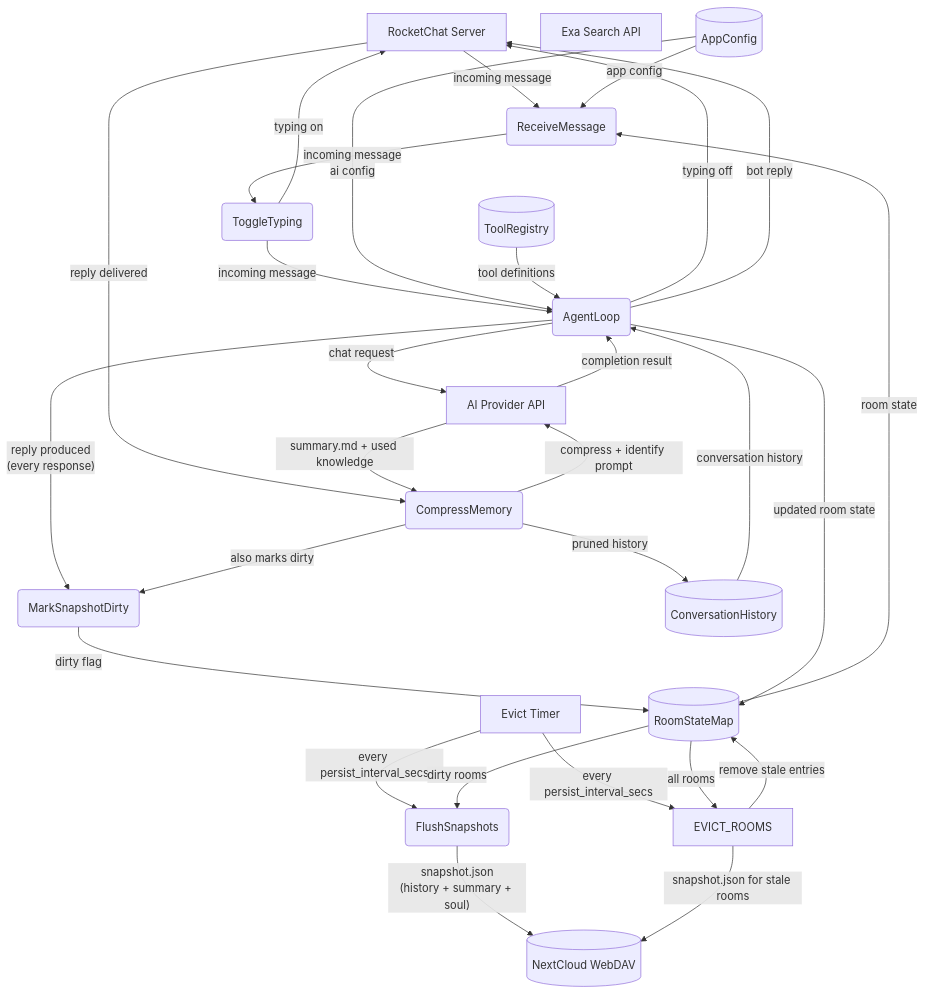
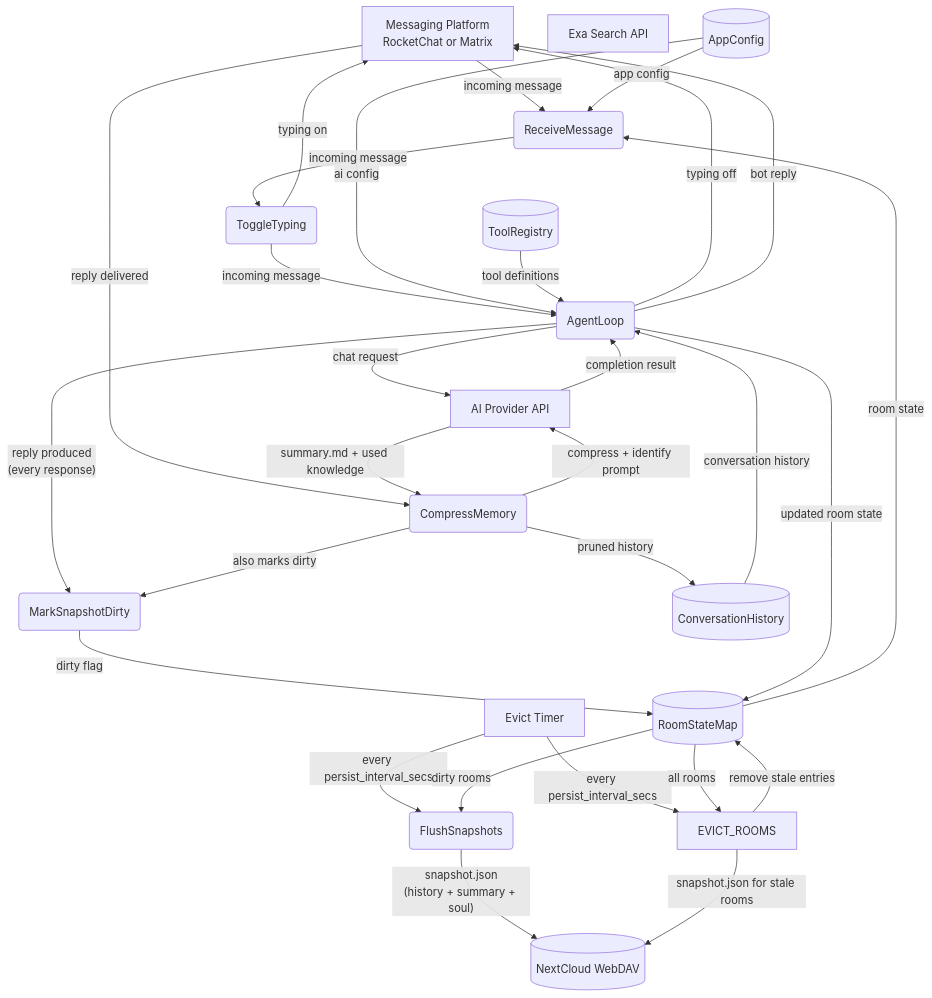
The first of 4 diagrams in _dfd/agent/agent-loop.md (cosmoswafer/rockbot), drawn with Mermaid before and after one commit. The commit also changed other lines of this file and 6 other files, not shown here.

First line of the commit message:
dfd: add llama.cpp chat provider and Matrix client support

````diff
--- a/_dfd/agent/agent-loop.md
+++ b/_dfd/agent/agent-loop.md
@@ -28,48 +35,48 @@
 ```mermaid
 flowchart TD
-    RC[RocketChat Server]
+    PLATFORM[Messaging Platform<br/>RocketChat or Matrix]
     AI[AI Provider API]
     DAV[(NextCloud WebDAV)]
     EXA[Exa Search API]
     TIMER[Evict Timer]
     DISPATCH(ReceiveMessage)
     TYPING(ToggleTyping)
     LOOP(AgentLoop)
     DIRTY(MarkSnapshotDirty)
     SNAPSHOT(FlushSnapshots)
     ARCHIVE(CompressMemory)
 
     CFG[(AppConfig)]
     HISTORY[(ConversationHistory)]
     TOOLS[(ToolRegistry)]
     ROOMS[(RoomStateMap)]
 
-    RC -->|"incoming message"| DISPATCH
+    PLATFORM -->|"incoming message"| DISPATCH
     ROOMS -->|"room state"| DISPATCH
     CFG -->|"app config"| DISPATCH
     DISPATCH -->|"incoming message"| TYPING
-    TYPING -->|"typing on"| RC
+    TYPING -->|"typing on"| PLATFORM
     TYPING -->|"incoming message"| LOOP
     CFG -->|"ai config"| LOOP
     HISTORY -->|"conversation history"| LOOP
     TOOLS -->|"tool definitions"| LOOP
     LOOP -->|"chat request"| AI
     AI -->|"completion result"| LOOP
-    LOOP -->|"typing off"| RC
-    LOOP -->|"bot reply"| RC
+    LOOP -->|"typing off"| PLATFORM
+    LOOP -->|"bot reply"| PLATFORM
     LOOP -->|"reply produced<br/>(every response)"| DIRTY
     DIRTY -->|"dirty flag"| ROOMS
-    RC -->|"reply delivered"| ARCHIVE
+    PLATFORM -->|"reply delivered"| ARCHIVE
     ARCHIVE -->|"compress + identify prompt"| AI
     AI -->|"summary.md + used knowledge"| ARCHIVE
     ARCHIVE -->|"also marks dirty"| DIRTY
     ARCHIVE -->|"pruned history"| HISTORY
     LOOP -->|"updated room state"| ROOMS
     TIMER -->|"every persist_interval_secs"| SNAPSHOT
     ROOMS -->|"dirty rooms"| SNAPSHOT
     SNAPSHOT -->|"snapshot.json<br/>(history + summary + soul)"| DAV
     TIMER -->|"every persist_interval_secs"| EVICT_ROOMS
     ROOMS -->|"all rooms"| EVICT_ROOMS
     EVICT_ROOMS -->|"snapshot.json for stale rooms"| DAV
     EVICT_ROOMS -->|"remove stale entries"| ROOMS
 ```
````
